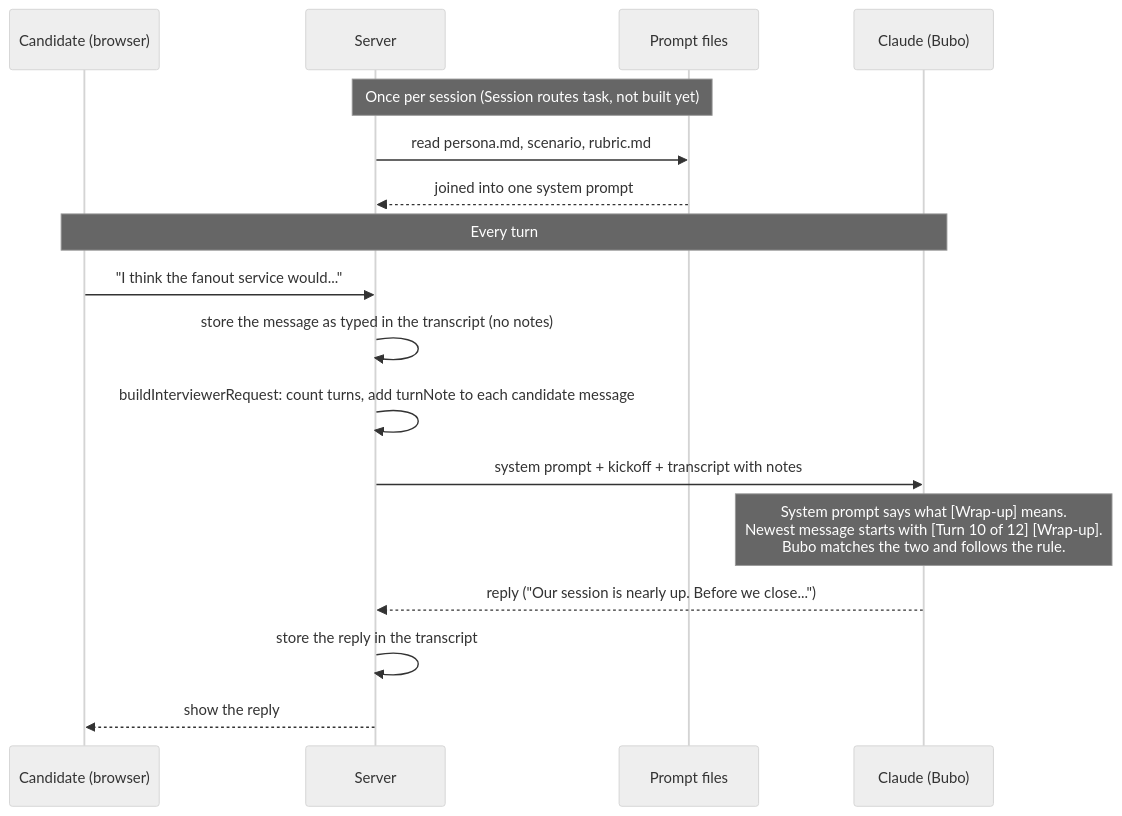
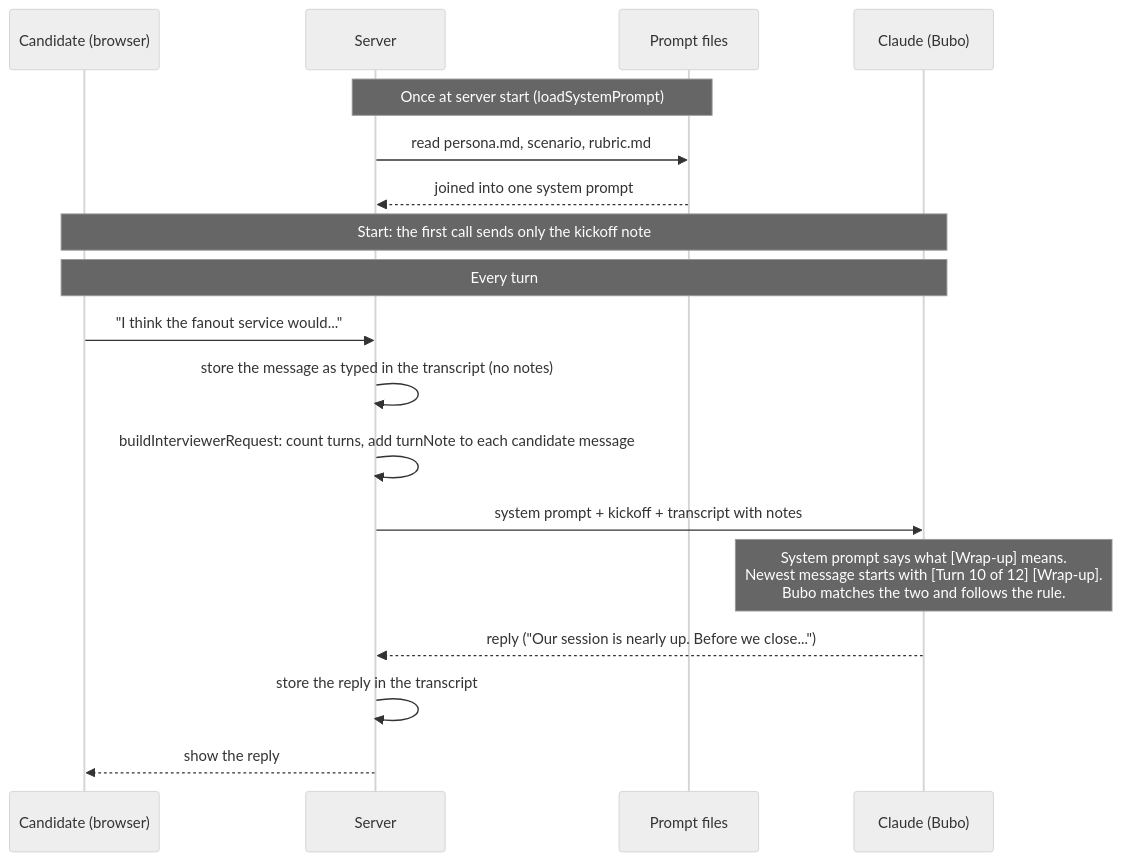
One commit to kat-perreira/interview-buddy changed the diagram in docs/turn-requests.md. Above: the diagram before and after it, drawn with Mermaid (neutral theme). The commit also changed 15 other files, not shown here.

````diff
--- a/docs/turn-requests.md
+++ b/docs/turn-requests.md
@@ -7,21 +7,23 @@
 ```mermaid
 sequenceDiagram
     participant C as Candidate (browser)
     participant S as Server
     participant F as Prompt files
     participant M as Claude (Bubo)
 
-    Note over S,F: Once per session (Session routes task, not built yet)
+    Note over S,F: Once at server start (loadSystemPrompt)
     S->>F: read persona.md, scenario, rubric.md
     F-->>S: joined into one system prompt
+
+    Note over C,M: Start: the first call sends only the kickoff note
 
     Note over C,M: Every turn
     C->>S: "I think the fanout service would..."
     S->>S: store the message as typed in the transcript (no notes)
     S->>S: buildInterviewerRequest: count turns, add turnNote to each candidate message
     S->>M: system prompt + kickoff + transcript with notes
     Note over M: System prompt says what [Wrap-up] means.<br/>Newest message starts with [Turn 10 of 12] [Wrap-up].<br/>Bubo matches the two and follows the rule.
     M-->>S: reply ("Our session is nearly up. Before we close...")
     S->>S: store the reply in the transcript
     S-->>C: show the reply
 ```
````
